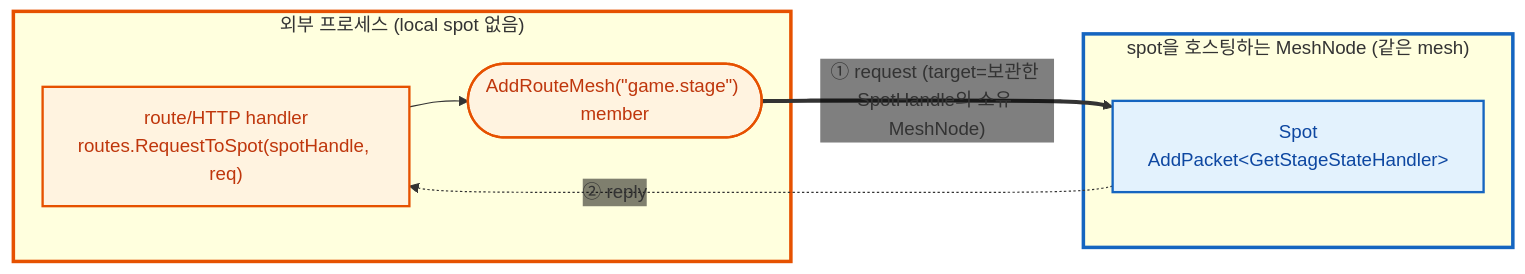
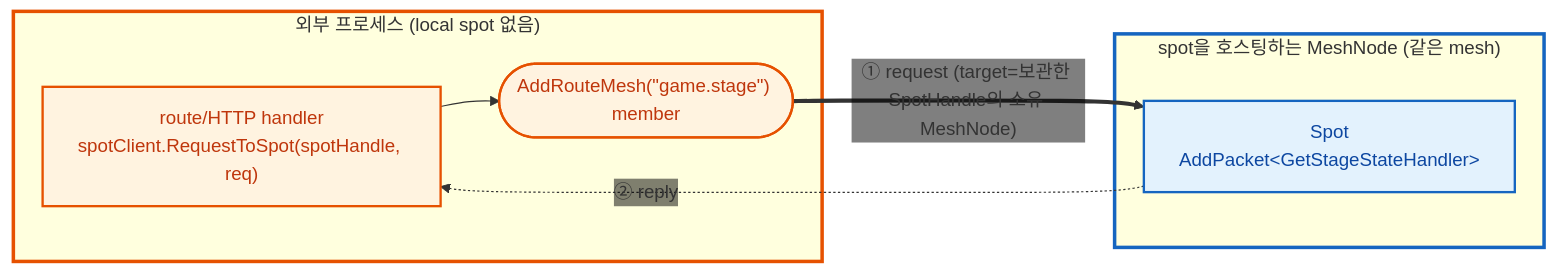
The third of 3 diagrams in framework/doc/framework/dotnet/guide/06-spot.ko.md (kairos-code-dev/zlink), drawn with Mermaid before and after one commit. The commit also changed other lines of this file and 1 other file, not shown here.

First line of the commit message:
docs(dotnet): align spot guide with route mesh

````diff
--- a/framework/doc/framework/dotnet/guide/06-spot.ko.md
+++ b/framework/doc/framework/dotnet/guide/06-spot.ko.md
@@ -1016,20 +840,20 @@
 ```mermaid
 %%{init: {'themeVariables': {'edgeLabelBackground':'transparent'}}}%%
 flowchart LR
   subgraph ext["외부 프로세스 (local spot 없음)"]
-    h["route/HTTP handler<br/>routes.RequestToSpot(spotHandle, req)"]
+    h["route/HTTP handler<br/>spotClient.RequestToSpot(spotHandle, req)"]
     c(["AddRouteMesh(&quot;game.stage&quot;) member"])
     h --> c
   end
   subgraph sn["spot을 호스팅하는 MeshNode (같은 mesh)"]
     sp["Spot<br/>AddPacket&lt;GetStageStateHandler&gt;"]
   end
   c ==>|"① request (target=보관한 SpotHandle의 소유 MeshNode)"| sp
   sp -.->|"② reply"| h
   classDef ownMesh fill:#e3f2fd,stroke:#1565c0,stroke-width:2px,color:#0d47a1;
   classDef extNode fill:#fff3e0,stroke:#e65100,stroke-width:2px,color:#bf360c;
   class sp ownMesh;
   class h,c extNode;
   style sn stroke:#1565c0,stroke-width:3px
   style ext stroke:#e65100,stroke-width:3px
 ```
````
